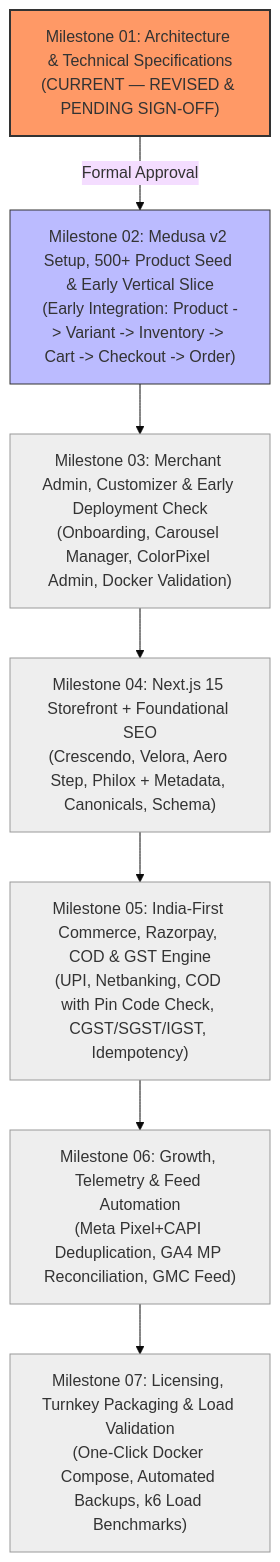
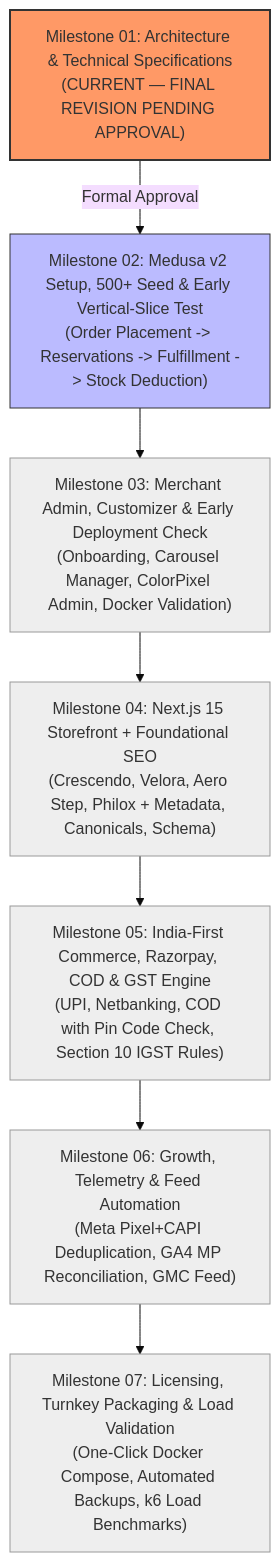
One commit to Ajuworks96/theecombuddy changed the diagram in docs/DEVELOPMENT_ROADMAP.md. Above: the diagram before and after it, drawn with Mermaid (base theme). The commit also changed other lines of this file and 6 other files, not shown here.

Commit message:
fix(docs): finalize step-01 technical corrections (inventory lifecycle, checkout responses, migrations, module naming, SEO, compliance)

````diff
--- a/docs/DEVELOPMENT_ROADMAP.md
+++ b/docs/DEVELOPMENT_ROADMAP.md
@@ -18,25 +18,25 @@
 ```mermaid
 flowchart TD
-    M1["Milestone 01: Architecture & Technical Specifications\n(CURRENT — REVISED & PENDING SIGN-OFF)"]
-    M2["Milestone 02: Medusa v2 Setup, 500+ Product Seed & Early Vertical Slice\n(Early Integration: Product -> Variant -> Inventory -> Cart -> Checkout -> Order)"]
+    M1["Milestone 01: Architecture & Technical Specifications\n(CURRENT — FINAL REVISION PENDING APPROVAL)"]
+    M2["Milestone 02: Medusa v2 Setup, 500+ Seed & Early Vertical-Slice Test\n(Order Placement -> Reservations -> Fulfillment -> Stock Deduction)"]
     M3["Milestone 03: Merchant Admin, Customizer & Early Deployment Check\n(Onboarding, Carousel Manager, ColorPixel Admin, Docker Validation)"]
     M4["Milestone 04: Next.js 15 Storefront + Foundational SEO\n(Crescendo, Velora, Aero Step, Philox + Metadata, Canonicals, Schema)"]
-    M5["Milestone 05: India-First Commerce, Razorpay, COD & GST Engine\n(UPI, Netbanking, COD with Pin Code Check, CGST/SGST/IGST, Idempotency)"]
+    M5["Milestone 05: India-First Commerce, Razorpay, COD & GST Engine\n(UPI, Netbanking, COD with Pin Code Check, Section 10 IGST Rules)"]
     M6["Milestone 06: Growth, Telemetry & Feed Automation\n(Meta Pixel+CAPI Deduplication, GA4 MP Reconciliation, GMC Feed)"]
     M7["Milestone 07: Licensing, Turnkey Packaging & Load Validation\n(One-Click Docker Compose, Automated Backups, k6 Load Benchmarks)"]
 
     M1 -->|Formal Approval| M2
     M2 --> M3
     M3 --> M4
     M4 --> M5
     M5 --> M6
     M6 --> M7
 
     style M1 fill:#f96,stroke:#333,stroke-width:2px
     style M2 fill:#bbf,stroke:#333,stroke-width:1px
     style M3 fill:#eee,stroke:#999,stroke-width:1px
     style M4 fill:#eee,stroke:#999,stroke-width:1px
     style M5 fill:#eee,stroke:#999,stroke-width:1px
     style M6 fill:#eee,stroke:#999,stroke-width:1px
     style M7 fill:#eee,stroke:#999,stroke-width:1px
 ```
````
